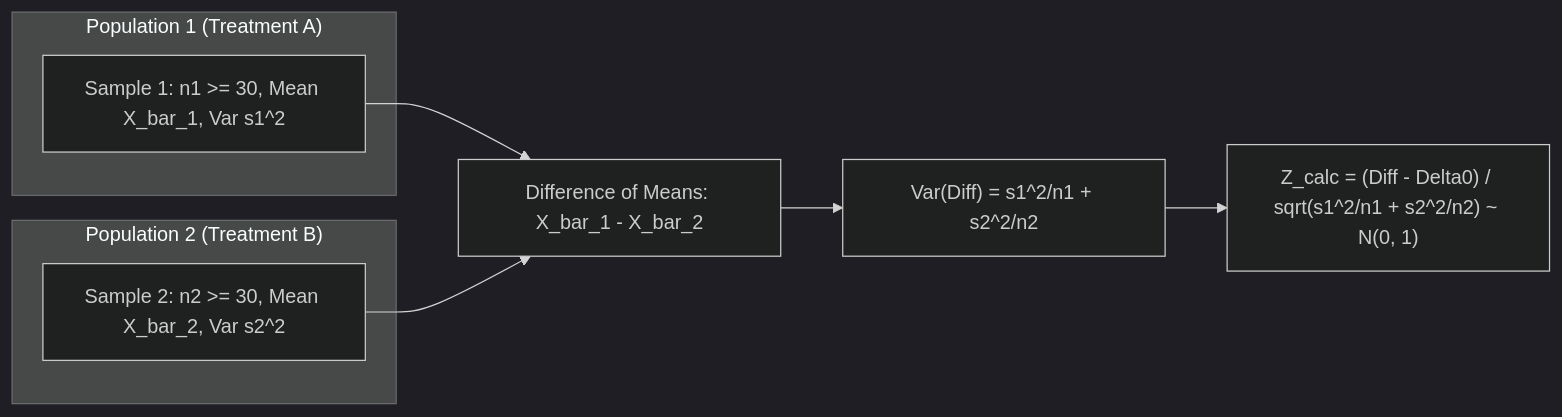
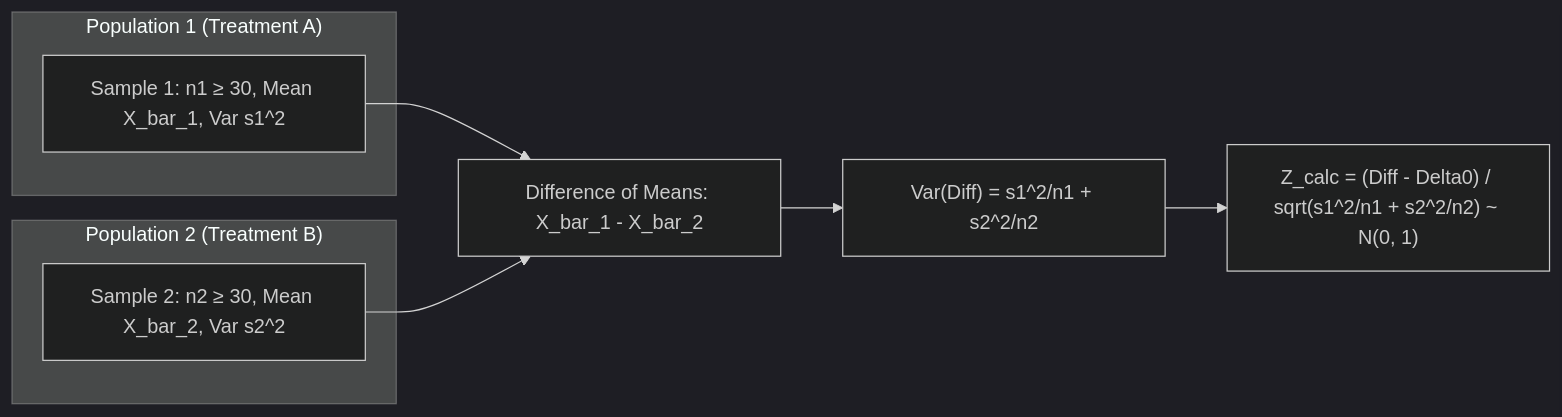
One commit to YatishGowda09/Sem-3-CSE-Notes changed the second of 2 diagrams in Maths/Unit 4/L02 - Large-Sample Tests for a Population Mean.md. Above: the diagram before and after it, drawn with Mermaid (dark theme). The commit also changed other lines of this file and 70 other files, not shown here.

First line of the commit message:
Fix Mermaid diagram syntax for GitHub rendering compatibility

````diff
--- a/Maths/Unit 4/L02 - Large-Sample Tests for a Population Mean.md
+++ b/Maths/Unit 4/L02 - Large-Sample Tests for a Population Mean.md
@@ -275,13 +275,13 @@
 ```mermaid
 flowchart LR
     subgraph Pop1["Population 1 (Treatment A)"]
-        N1["Sample 1: n1 >= 30, Mean X_bar_1, Var s1^2"]
+        N1["Sample 1: n1 &ge; 30, Mean X_bar_1, Var s1^2"]
     end
     subgraph Pop2["Population 2 (Treatment B)"]
-        N2["Sample 2: n2 >= 30, Mean X_bar_2, Var s2^2"]
+        N2["Sample 2: n2 &ge; 30, Mean X_bar_2, Var s2^2"]
     end
     N1 --> Diff["Difference of Means: X_bar_1 - X_bar_2"]
     N2 --> Diff
     Diff --> VarSum["Var(Diff) = s1^2/n1 + s2^2/n2"]
     VarSum --> TwoSampleZ["Z_calc = (Diff - Delta0) / sqrt(s1^2/n1 + s2^2/n2) ~ N(0, 1)"]
 ```
````
